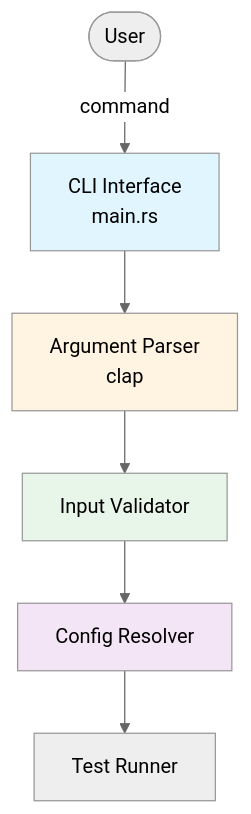
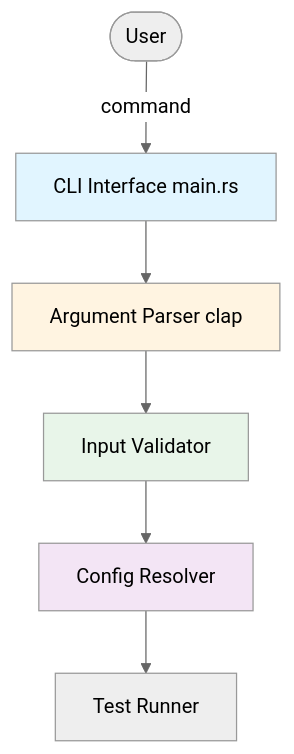
Before and after one commit to softwarewrighter/ui-test-rs: the first of 6 diagrams in wiki/CLI-Interface.md, drawn with Mermaid (neutral theme). The commit also changed other lines of this file and 10 other files, not shown here.

First line of the commit message:
Fix wiki Mermaid diagrams: remove <br/> tags

````diff
--- a/wiki/CLI-Interface.md
+++ b/wiki/CLI-Interface.md
@@ -7,20 +7,20 @@
 ```mermaid
 flowchart TB
     User([User])
-    CLI[CLI Interface<br/>main.rs]
-    Parser[Argument Parser<br/>clap]
+    CLI[CLI Interface main.rs]
+    Parser[Argument Parser clap]
     Validator[Input Validator]
     ConfigResolver[Config Resolver]
     Runner[Test Runner]
 
     User -->|command| CLI
     CLI --> Parser
     Parser --> Validator
     Validator --> ConfigResolver
     ConfigResolver --> Runner
 
     style CLI fill:#e1f5ff
     style Parser fill:#fff4e1
     style Validator fill:#e8f5e9
     style ConfigResolver fill:#f3e5f5
 ```
````
